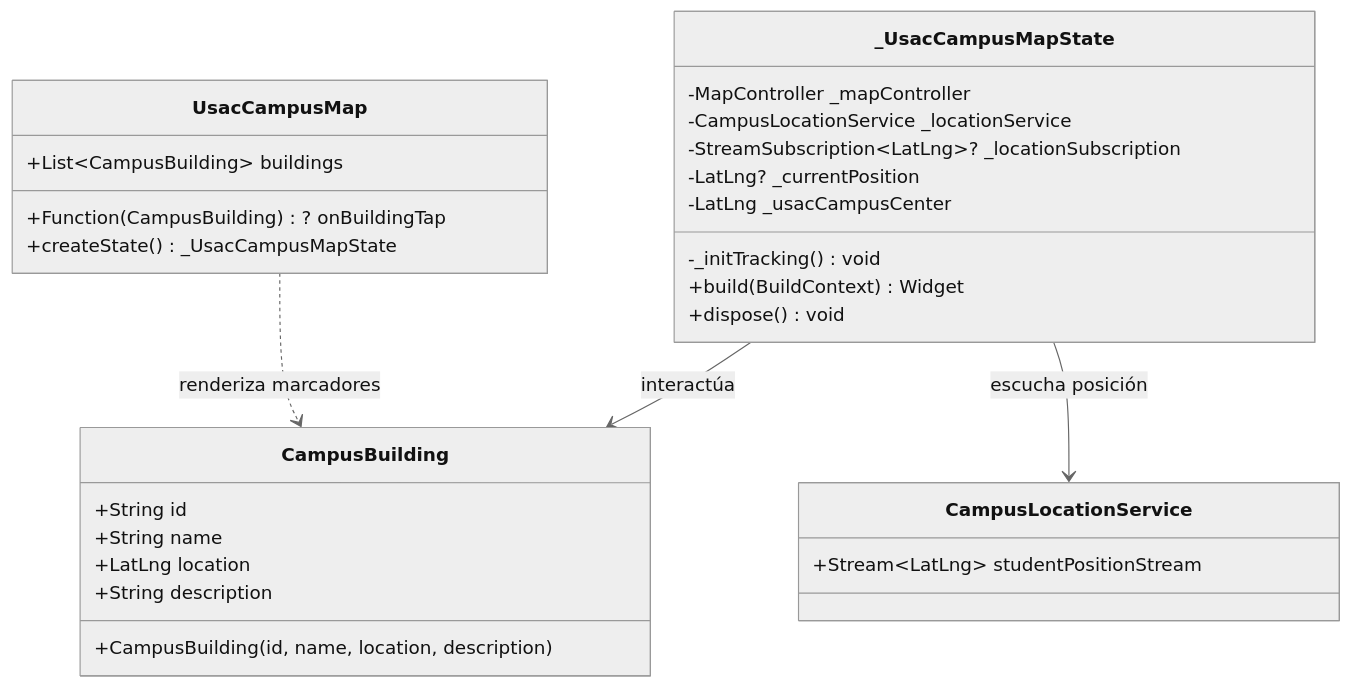
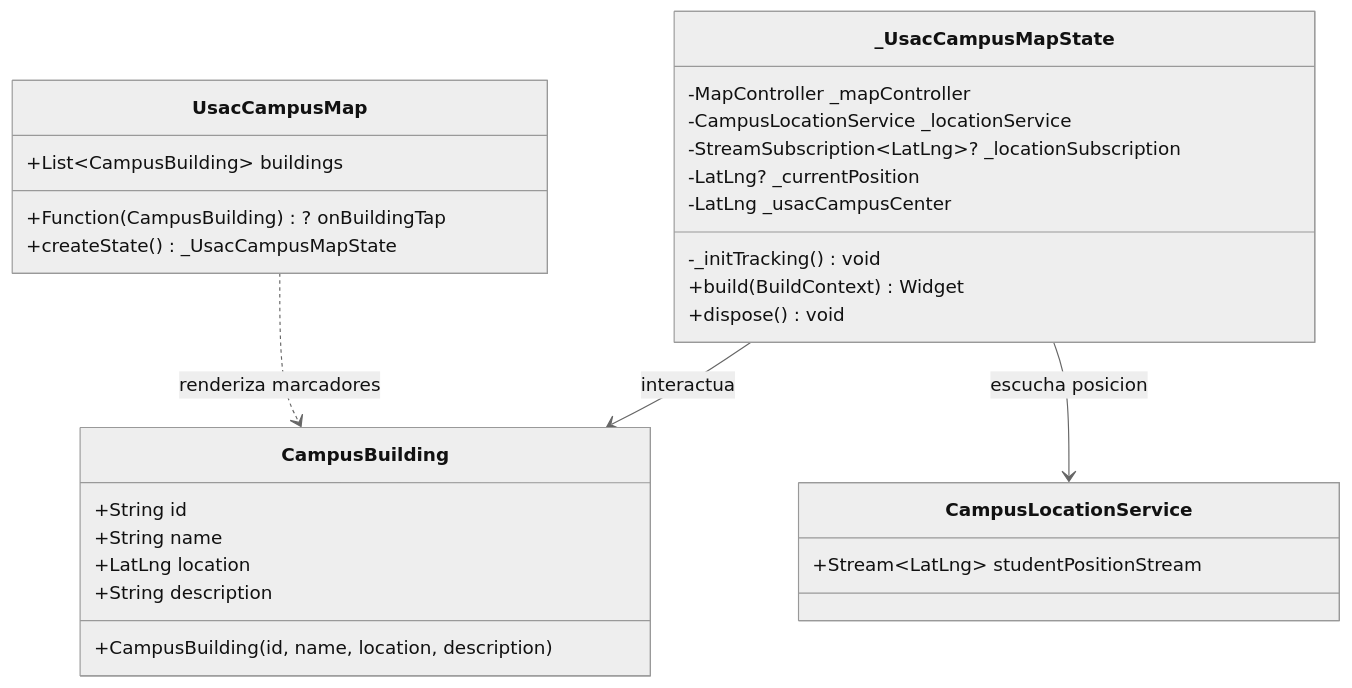
Before and after one commit to Trebol4Devop/usac_campus_map: the second of 3 diagrams in README.md, drawn with Mermaid (neutral theme). The commit also changed other lines of this file and 131 other files, not shown here.

````diff
--- a/README.md
+++ b/README.md
@@ -38,35 +38,35 @@
 ```mermaid
 classDiagram
     class CampusBuilding {
         +String id
         +String name
         +LatLng location
         +String description
         +CampusBuilding(id, name, location, description)
     }
 
     class CampusLocationService {
         +Stream~LatLng~ studentPositionStream
     }
 
     class UsacCampusMap {
         +List~CampusBuilding~ buildings
         +Function(CampusBuilding)? onBuildingTap
         +createState() _UsacCampusMapState
     }
 
     class _UsacCampusMapState {
         -MapController _mapController
         -CampusLocationService _locationService
         -StreamSubscription~LatLng~? _locationSubscription
         -LatLng? _currentPosition
         -LatLng _usacCampusCenter
         -_initTracking() void
         +build(BuildContext) Widget
         +dispose() void
     }
 
     UsacCampusMap ..> CampusBuilding : renderiza marcadores
-    _UsacCampusMapState --> CampusLocationService : escucha posición
-    _UsacCampusMapState --> CampusBuilding : interactúa
+    _UsacCampusMapState --> CampusLocationService : escucha posicion
+    _UsacCampusMapState --> CampusBuilding : interactua
 ```
````
